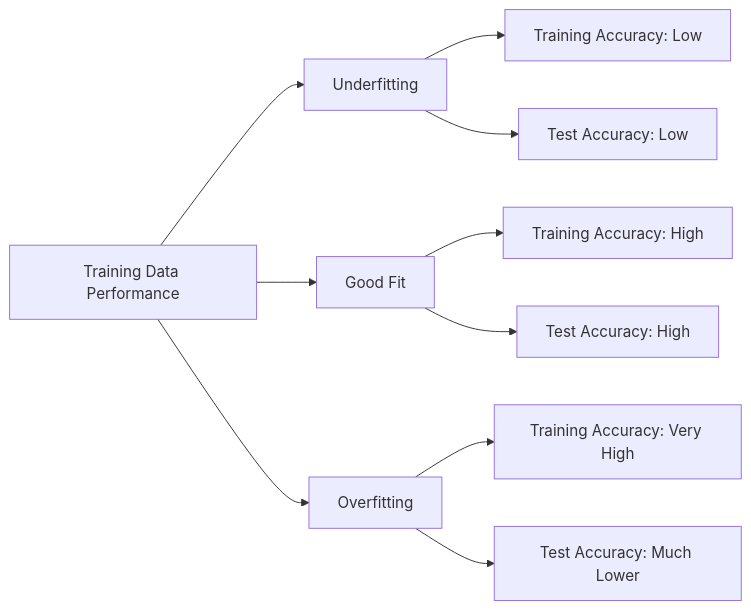
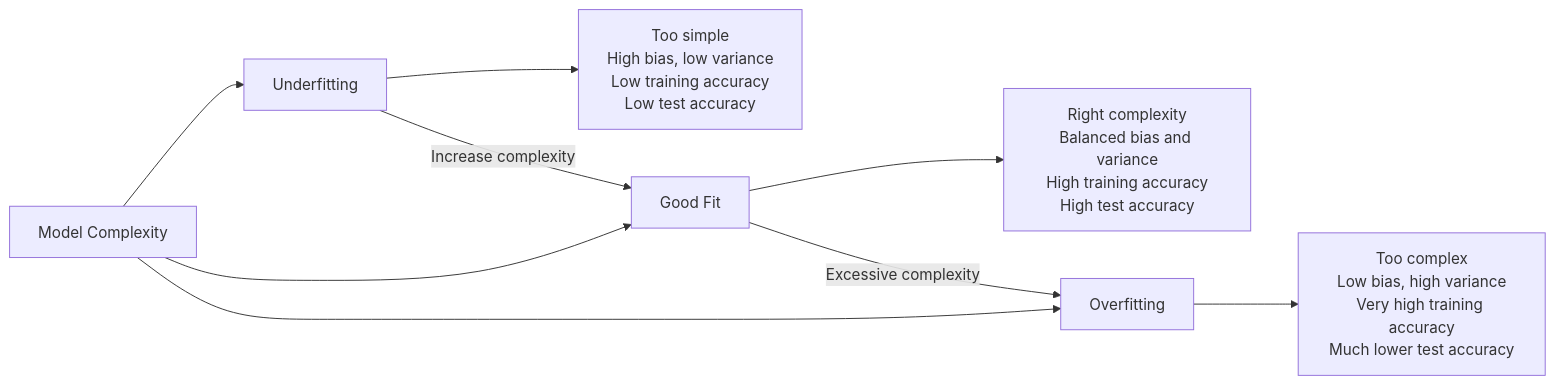
Before and after one commit to RoBiul-Hasan-Jisan/Machine_learning: the second of 3 diagrams in 03_Machine Learning/01_Supervised/02_Problem_in_Ml/02_Bias_Variance_Tradeoff/doc/03_How_to_balance.md, drawn with Mermaid. The commit also changed other lines of this file, not shown here.

````diff
--- a/03_Machine Learning/01_Supervised/02_Problem_in_Ml/02_Bias_Variance_Tradeoff/doc/03_How_to_balance.md
+++ b/03_Machine Learning/01_Supervised/02_Problem_in_Ml/02_Bias_Variance_Tradeoff/doc/03_How_to_balance.md
@@ -588,17 +435,13 @@
 ```mermaid
-  flowchart LR
-    A[Training Data Performance]
-
-    A --> B[Underfitting]
+flowchart LR
+    A[Model Complexity] --> B[Underfitting]
     A --> C[Good Fit]
     A --> D[Overfitting]
 
-    B --> B1["Training Accuracy: Low"]
-    B --> B2["Test Accuracy: Low"]
+    B --> B1["Too simple<br/>High bias, low variance<br/>Low training accuracy<br/>Low test accuracy"]
+    C --> C1["Right complexity<br/>Balanced bias and variance<br/>High training accuracy<br/>High test accuracy"]
+    D --> D1["Too complex<br/>Low bias, high variance<br/>Very high training accuracy<br/>Much lower test accuracy"]
 
-    C --> C1["Training Accuracy: High"]
-    C --> C2["Test Accuracy: High"]
-
-    D --> D1["Training Accuracy: Very High"]
-    D --> D2["Test Accuracy: Much Lower"]
+    B -->|Increase complexity| C
+    C -->|Excessive complexity| D
 ```
````
